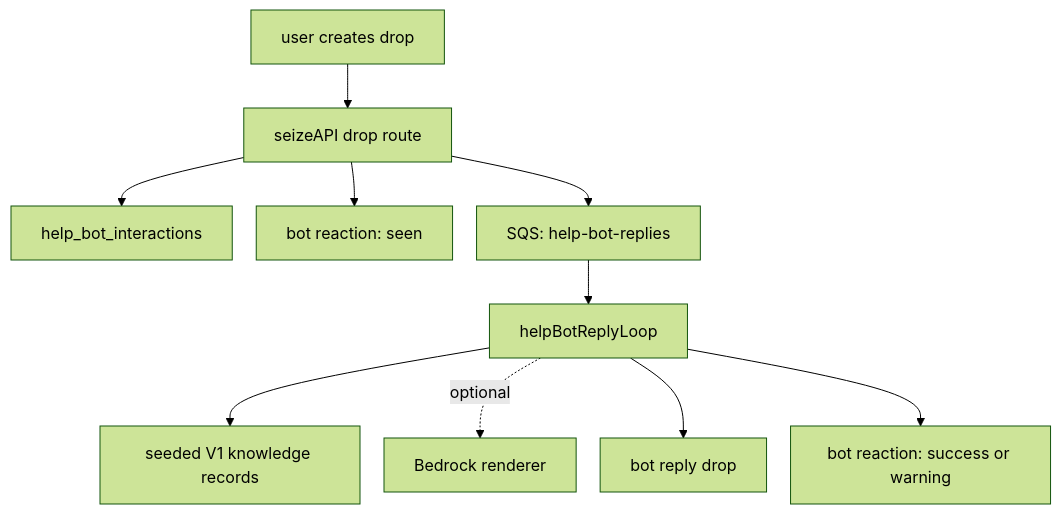
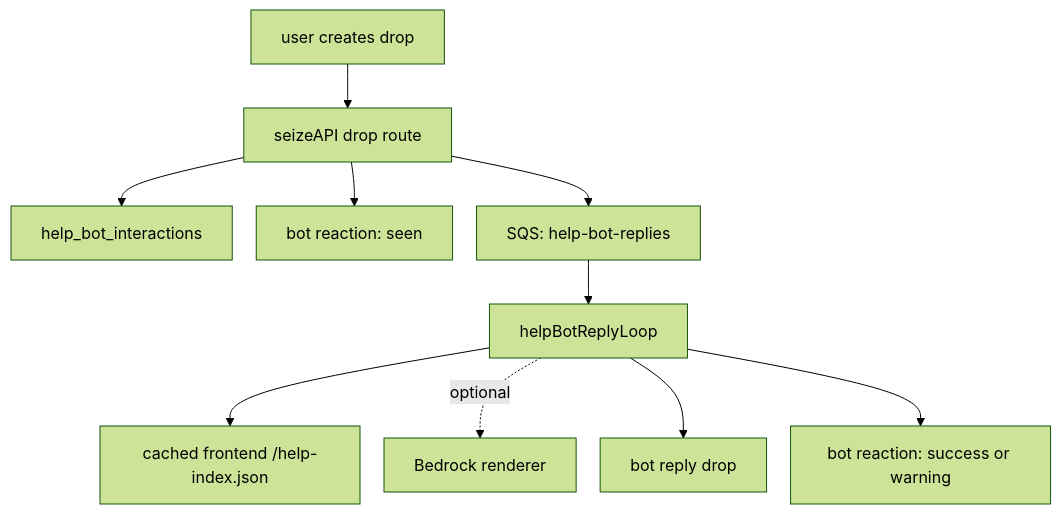
Before and after one commit to 6529-Collections/6529seize-backend: the second of 3 diagrams in docs/architecture.md, drawn with Mermaid (forest theme). The commit also changed other lines of this file and 8 other files, not shown here.

Commit message:
Consume frontend help index in help bot

````diff
--- a/docs/architecture.md
+++ b/docs/architecture.md
@@ -301,13 +301,13 @@
 ```mermaid
 %%{init: {"flowchart": {"nodeSpacing": 24, "rankSpacing": 44, "curve": "basis"}} }%%
 flowchart TD
   UserDrop["user creates drop"] --> DropRoute["seizeAPI drop route"]
   DropRoute --> InteractionRow["help_bot_interactions"]
   DropRoute --> SeenReaction["bot reaction: seen"]
   DropRoute --> HelpBotSqs["SQS: help-bot-replies"]
   HelpBotSqs --> HelpBotWorker["helpBotReplyLoop"]
-  HelpBotWorker --> SeededKnowledge["seeded V1 knowledge records"]
+  HelpBotWorker --> FrontendIndex["cached frontend /help-index.json"]
   HelpBotWorker -. optional .-> Bedrock["Bedrock renderer"]
   HelpBotWorker --> BotReply["bot reply drop"]
   HelpBotWorker --> FinalReaction["bot reaction: success or warning"]
 ```
````
